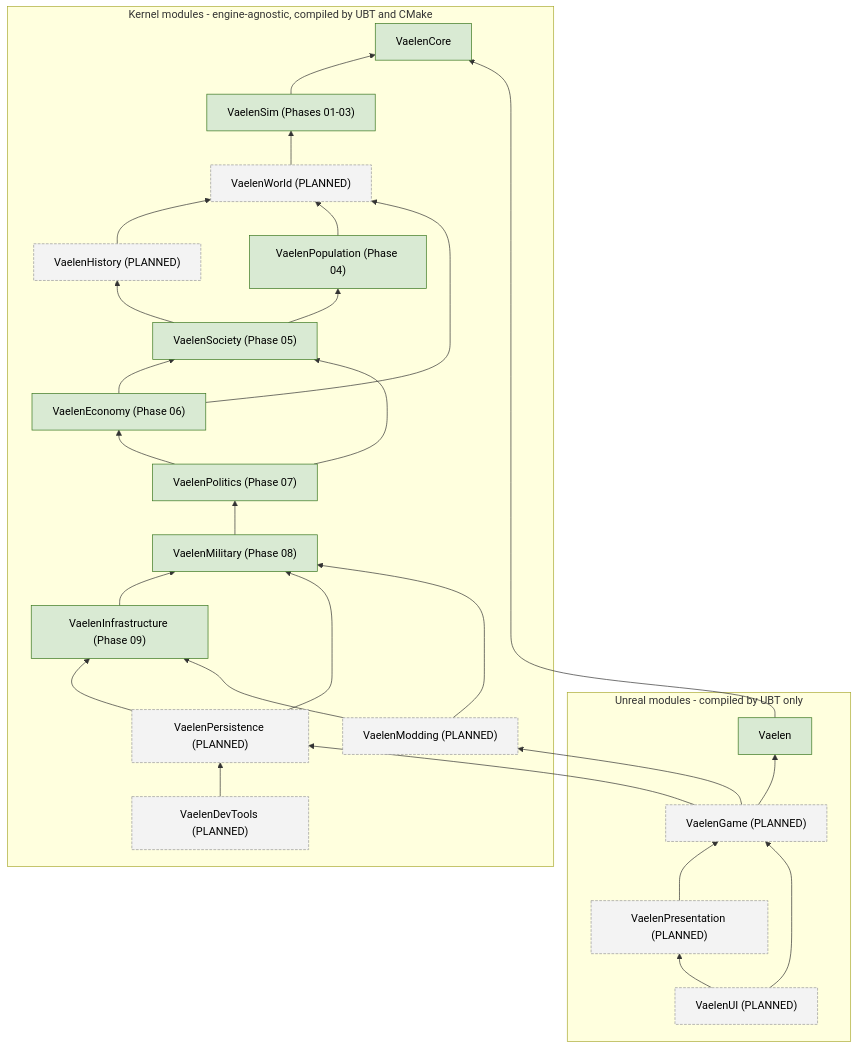
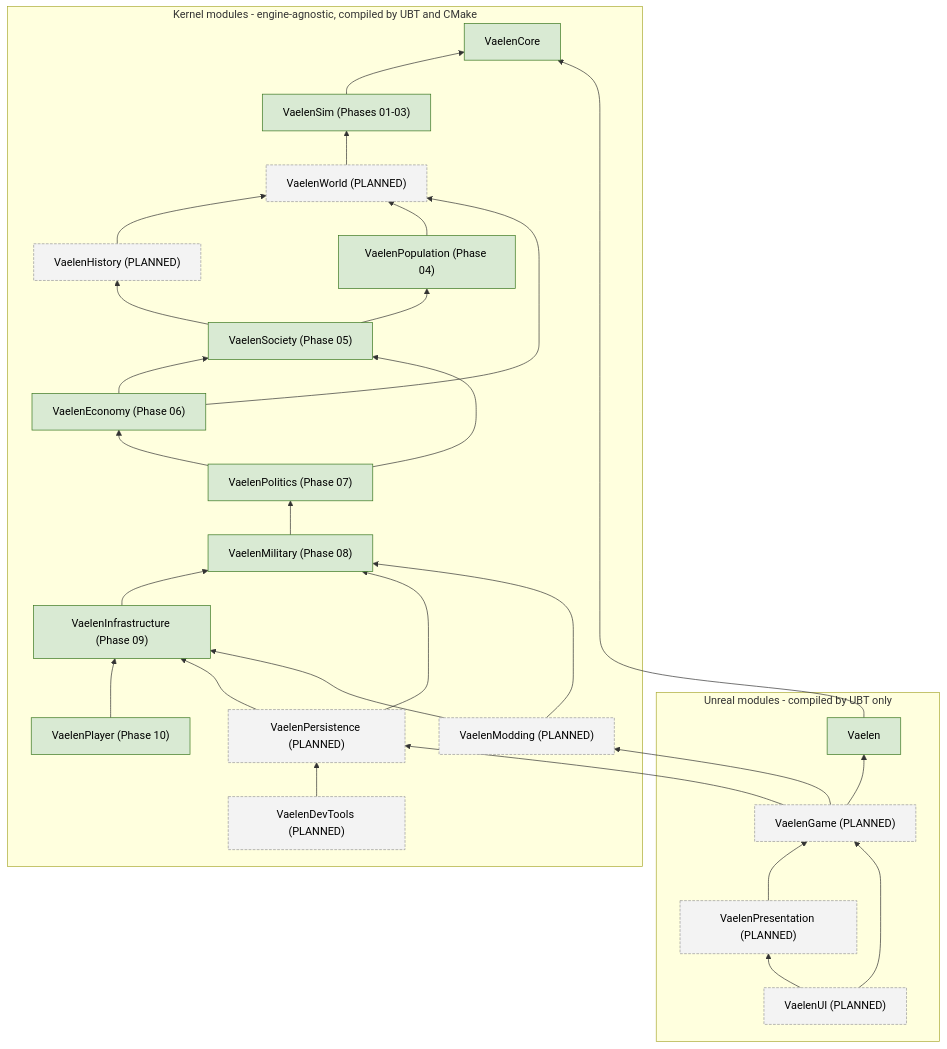
One commit to Thomas10112/vaelen changed the second of 2 diagrams in Docs/ARCHITECTURE.md. Above: the diagram before and after it, drawn with Mermaid. The commit also changed other lines of this file and 16 other files, not shown here.

````diff
--- a/Docs/ARCHITECTURE.md
+++ b/Docs/ARCHITECTURE.md
@@ -173,55 +175,57 @@
 ```mermaid
 flowchart BT
     subgraph Kernel["Kernel modules - engine-agnostic, compiled by UBT and CMake"]
         Core["VaelenCore"]
         Sim["VaelenSim (Phases 01-03)"]
         World["VaelenWorld (PLANNED)"]
         History["VaelenHistory (PLANNED)"]
         Population["VaelenPopulation (Phase 04)"]
         Society["VaelenSociety (Phase 05)"]
         Economy["VaelenEconomy (Phase 06)"]
         Politics["VaelenPolitics (Phase 07)"]
         Military["VaelenMilitary (Phase 08)"]
         Infrastructure["VaelenInfrastructure (Phase 09)"]
+        PlayerMod["VaelenPlayer (Phase 10)"]
         Persistence["VaelenPersistence (PLANNED)"]
         DevTools["VaelenDevTools (PLANNED)"]
         Modding["VaelenModding (PLANNED)"]
     end
     subgraph Unreal["Unreal modules - compiled by UBT only"]
         Bridge["Vaelen"]
         Game["VaelenGame (PLANNED)"]
         Presentation["VaelenPresentation (PLANNED)"]
         UI["VaelenUI (PLANNED)"]
     end
 
     Sim --> Core
     World --> Sim
     History --> World
     Population --> World
     Society --> Population
     Society --> History
     Economy --> Society
     Economy --> World
     Politics --> Society
     Politics --> Economy
     Military --> Politics
     Infrastructure --> Military
+    PlayerMod --> Infrastructure
     Persistence --> Military
     Persistence --> Infrastructure
     DevTools --> Persistence
     Modding --> Infrastructure
     Modding --> Military
 
     Bridge --> Core
     Game --> Bridge
     Game --> Persistence
     Game --> Modding
     Presentation --> Game
     UI --> Presentation
     UI --> Game
 
     classDef existing fill:#d9ead3,stroke:#38761d,color:#000;
     classDef planned fill:#f3f3f3,stroke:#999,color:#000,stroke-dasharray: 4 2;
-    class Core,Bridge,Sim,Population,Society,Economy,Politics,Military,Infrastructure existing;
+    class Core,Bridge,Sim,Population,Society,Economy,Politics,Military,Infrastructure,PlayerMod existing;
     class World,History,Persistence,DevTools,Modding,Game,Presentation,UI planned;
 ```
````
